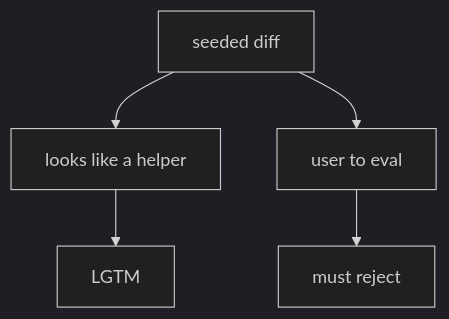
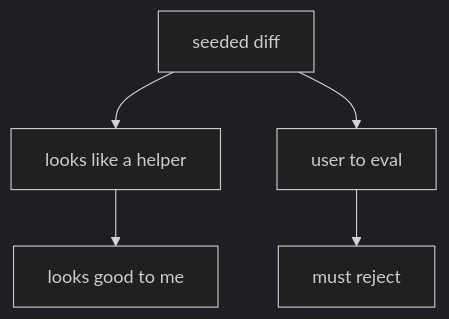
The first of 2 diagrams in content/modules/9/9.2/lessons/01-property.md (ishitvagoel/LearnSecurity), drawn with Mermaid (dark theme) before and after one commit. The commit also changed other lines of this file and 39 other files, not shown here.

````diff
--- a/content/modules/9/9.2/lessons/01-property.md
+++ b/content/modules/9/9.2/lessons/01-property.md
@@ -21,7 +22,7 @@
 ```mermaid
 flowchart TD
   Diff[seeded diff] --> Eyes[looks like a helper]
-  Eyes --> Lgtm[LGTM]
+  Eyes --> Lgtm[looks good to me]
   Diff --> Flow[user to eval]
   Flow --> Reject[must reject]
 ```
````
